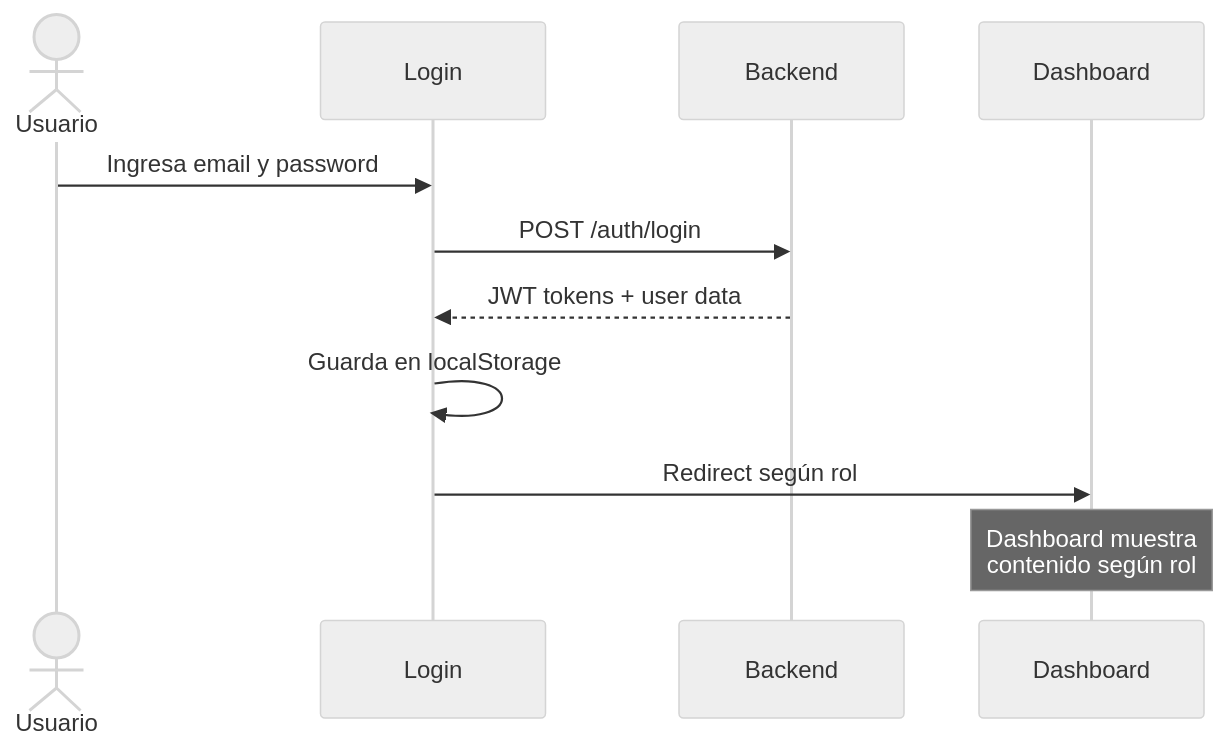
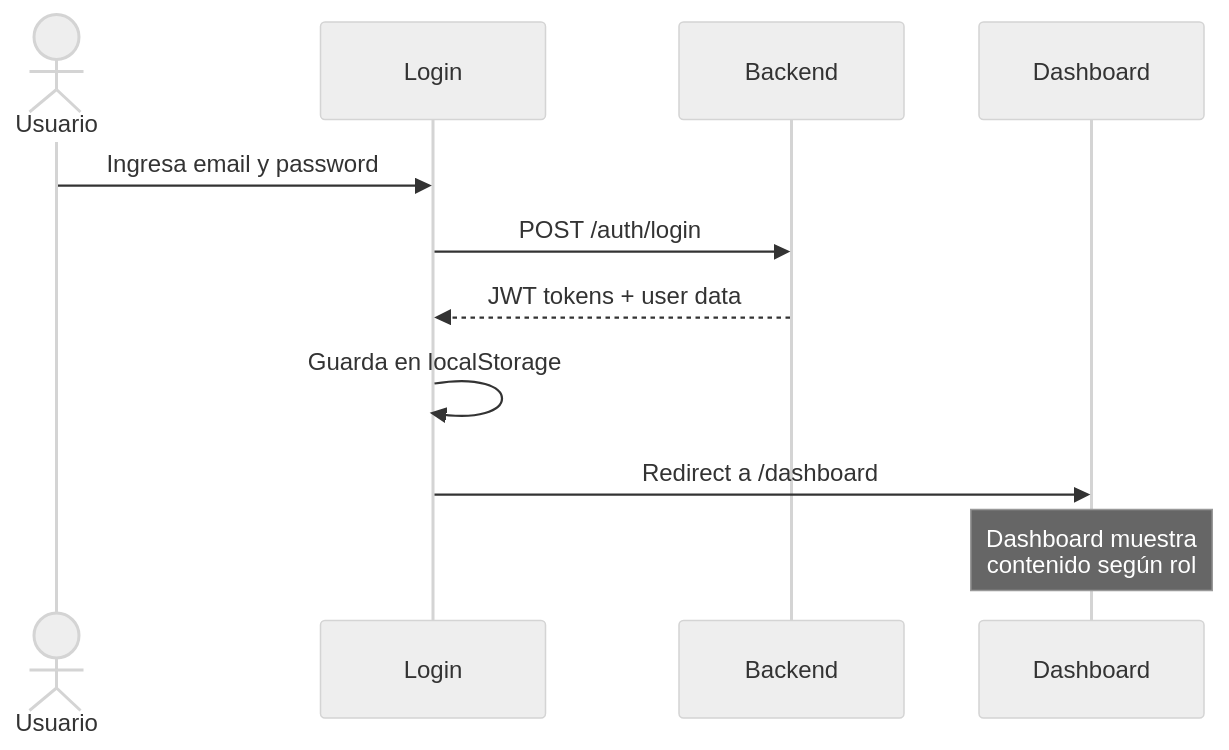
Before and after one commit to fedebracesco1990/fitflow: the second of 9 diagrams in docs/USER_FLOWS.md, drawn with Mermaid (neutral theme). The commit also changed other lines of this file and 6 other files, not shown here.

First line of the commit message:
docs: document audit-logs and scheduler, fix data model and user flows

````diff
--- a/docs/USER_FLOWS.md
+++ b/docs/USER_FLOWS.md
@@ -64,15 +65,15 @@
 ```mermaid
 sequenceDiagram
     actor U as Usuario
     participant L as Login
     participant B as Backend
     participant D as Dashboard
 
     U->>L: Ingresa email y password
     L->>B: POST /auth/login
     B-->>L: JWT tokens + user data
     L->>L: Guarda en localStorage
-    L->>D: Redirect según rol
+    L->>D: Redirect a /dashboard
 
     Note over D: Dashboard muestra<br/>contenido según rol
 ```
````
